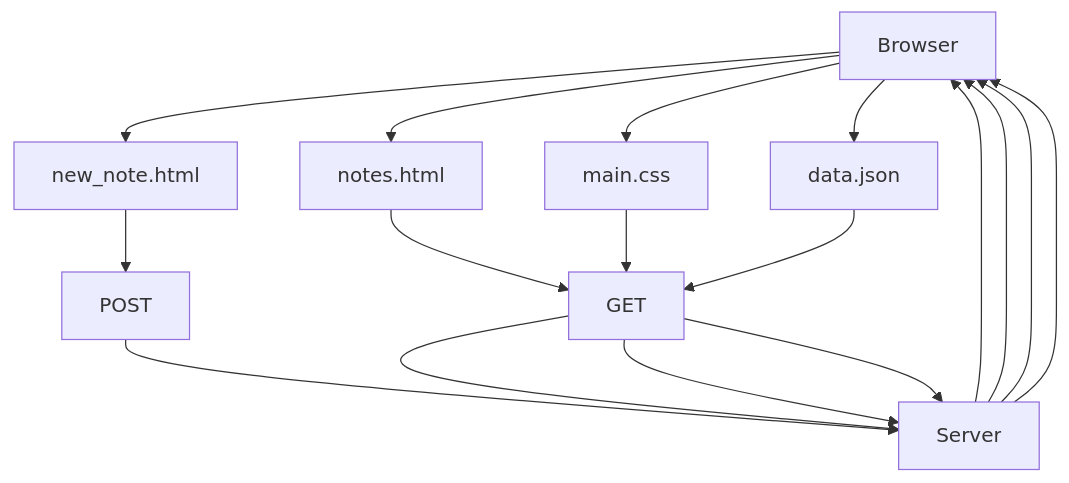
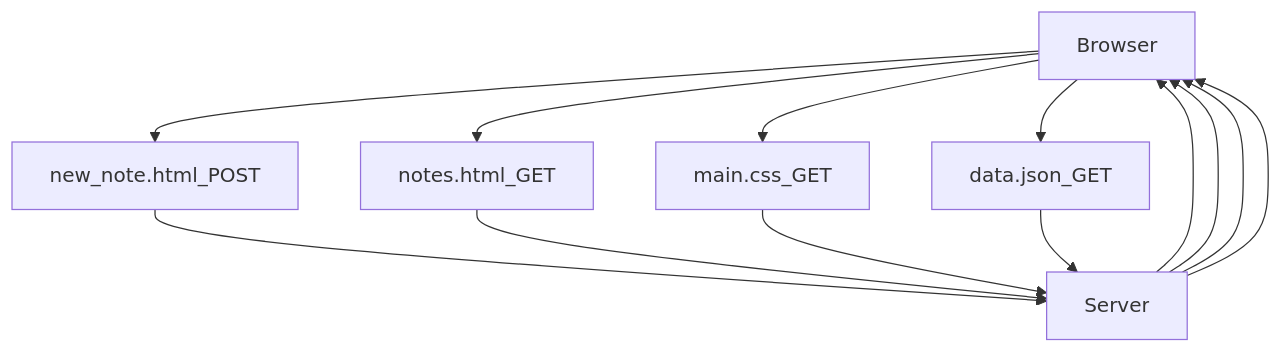
The diagram in osa0/teht0.4.md (Chyoppi/FullStackOpenCourse), drawn with Mermaid before and after one commit. The commit also changed other lines of this file and 1 other file, not shown here.

````diff
--- a/osa0/teht0.4.md
+++ b/osa0/teht0.4.md
@@ -3,7 +3,7 @@
 ```mermaid
 graph TD;
-    Browser-->new_note.html-->POST-->Server -->Browser;
-    Browser-->notes.html-->GET-->Server-->Browser;
-    Browser-->main.css-->GET-->Server-->Browser;
-    Browser-->data.json-->GET-->Server-->Browser;
+    Browser-->new_note.html_POST-->Server -->Browser;
+    Browser-->notes.html_GET-->Server-->Browser;
+    Browser-->main.css_GET-->Server-->Browser;
+    Browser-->data.json_GET-->Server-->Browser;
 ```
````
